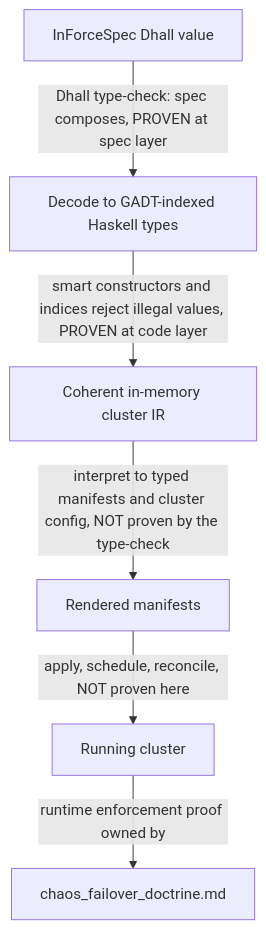
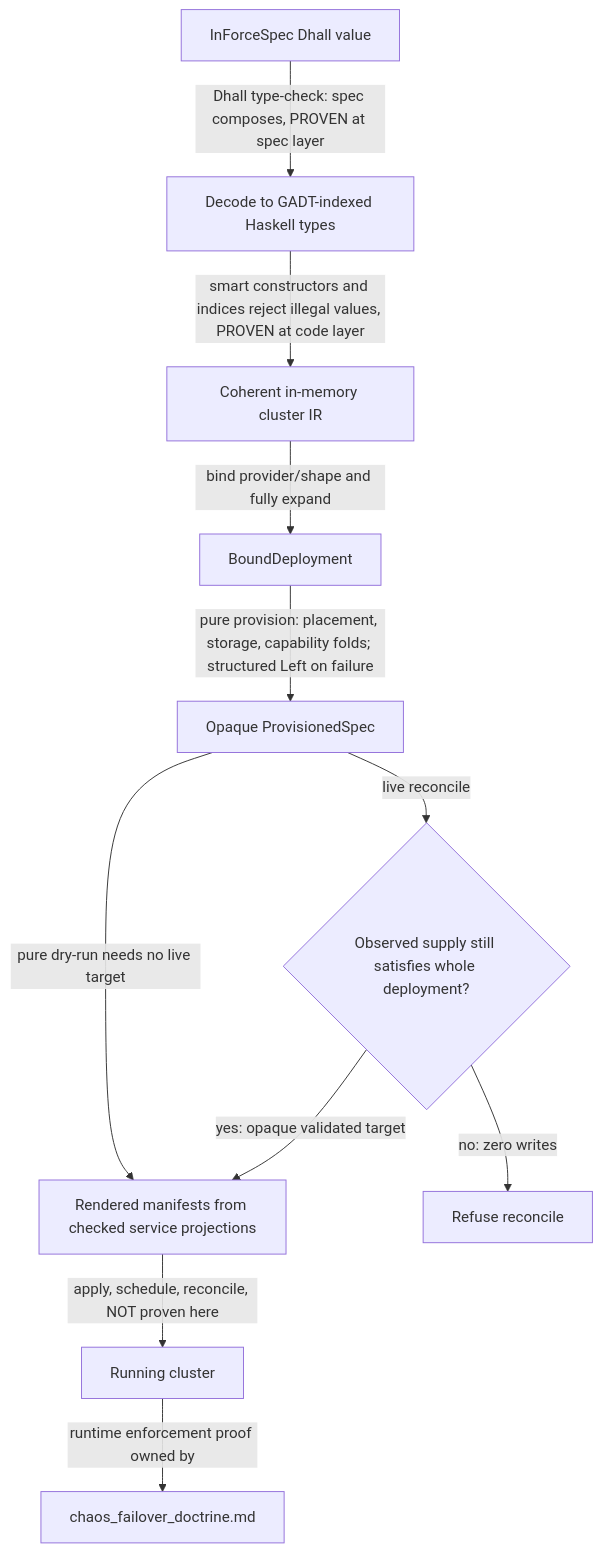
One commit to Tuee22/amoebius changed the diagram in documents/illegal_state/illegal_state_catalog.md. Above: the diagram before and after it, drawn with Mermaid. The commit also changed other lines of this file and 87 other files, not shown here.

````diff
--- a/documents/illegal_state/illegal_state_catalog.md
+++ b/documents/illegal_state/illegal_state_catalog.md
@@ -88,8 +88,13 @@
 ```mermaid
 flowchart TD
   spec[InForceSpec Dhall value] -->|Dhall type-check: spec composes, PROVEN at spec layer| decode[Decode to GADT-indexed Haskell types]
   decode -->|smart constructors and indices reject illegal values, PROVEN at code layer| ir[Coherent in-memory cluster IR]
-  ir -->|interpret to typed manifests and cluster config, NOT proven by the type-check| render[Rendered manifests]
+  ir -->|bind provider/shape and fully expand| bound[BoundDeployment]
+  bound -->|pure provision: placement, storage, capability folds; structured Left on failure| provisioned[Opaque ProvisionedSpec]
+  provisioned -->|pure dry-run needs no live target| render[Rendered manifests from checked service projections]
+  provisioned -->|live reconcile| preflight{Observed supply still satisfies whole deployment?}
+  preflight -->|yes: opaque validated target| render
+  preflight -->|no: zero writes| refuse[Refuse reconcile]
   render -->|apply, schedule, reconcile, NOT proven here| live[Running cluster]
   live -->|runtime enforcement proof owned by| chaos[chaos_failover_doctrine.md]
 ```
````
